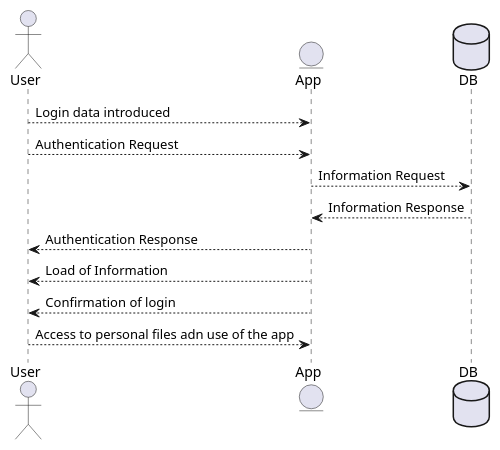
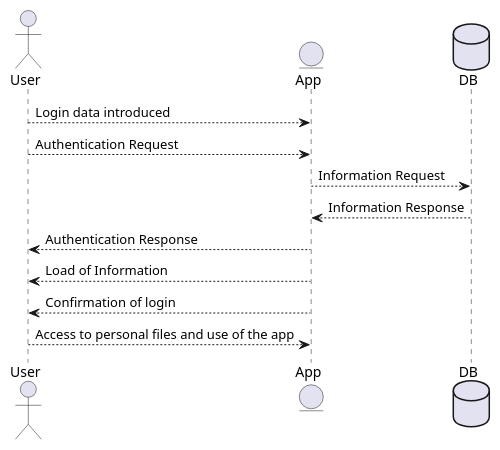
One commit to Arquisoft/lomap_es4a changed the first of 3 diagrams in docs/06_runtime_view.adoc. Above: the diagram before and after it, drawn with PlantUML.

Commit message:
Update 06_runtime_view.adoc
Ultimo hotfix...

```diff
--- a/docs/06_runtime_view.adoc
+++ b/docs/06_runtime_view.adoc
@@ -36,14 +36,14 @@
 [plantuml,"Sequence diagram1",png]
 ----
 actor User
 entity App
 database Pod as "DB"
 User--> App: Login data introduced
 User --> App: Authentication Request
 App --> Pod: Information Request
 Pod -->App: Information Response
 App --> User: Authentication Response
 App --> User: Load of Information
 App --> User: Confirmation of login
-User --> App: Access to personal files adn use of the app
+User --> App: Access to personal files and use of the app
 ----
```
